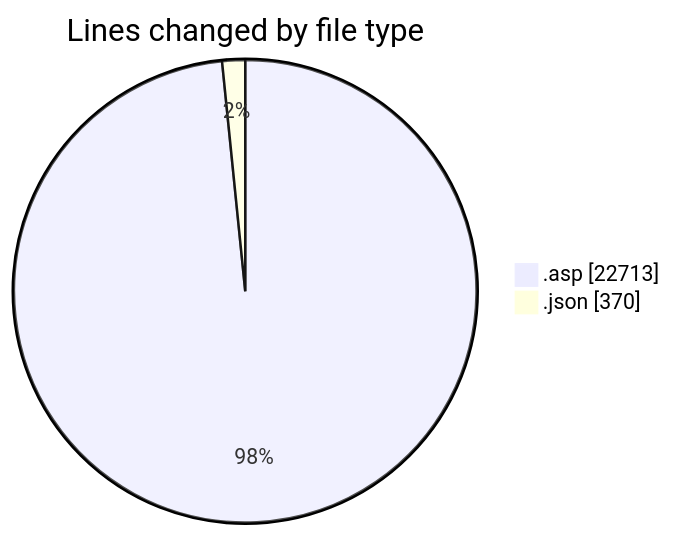
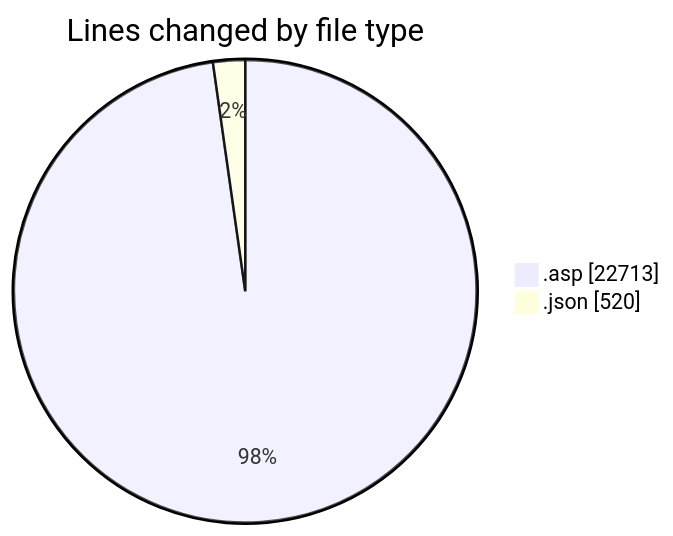
Before and after one commit to julien-gomy/code-tracking: the first of 2 diagrams in 2025-11-01/cdp_aleoudev_fr__workspace_/README.md, drawn with Mermaid. The commit also changed other lines of this file and 1 other file, not shown here.

````diff
--- a/2025-11-01/cdp_aleoudev_fr__workspace_/README.md
+++ b/2025-11-01/cdp_aleoudev_fr__workspace_/README.md
@@ -29,6 +30,6 @@
 ```mermaid
 pie showData
 title Lines changed by file type
 ".asp" : 22713
-".json" : 370
+".json" : 520
 ```
````
